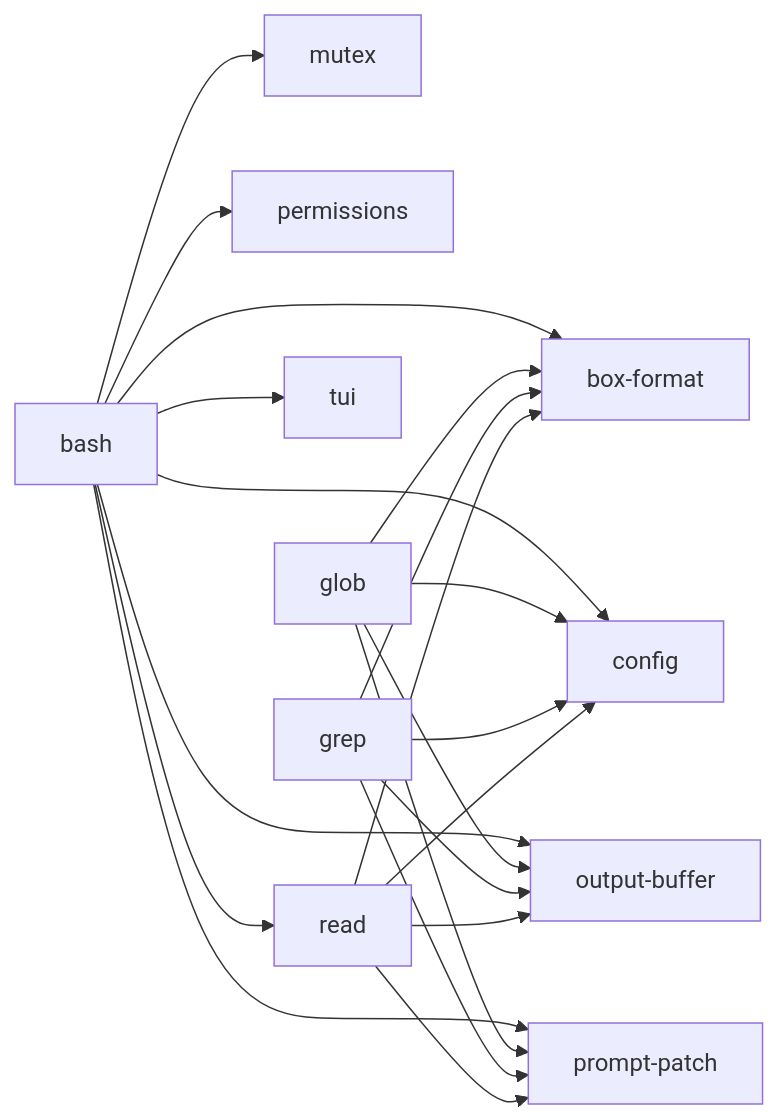
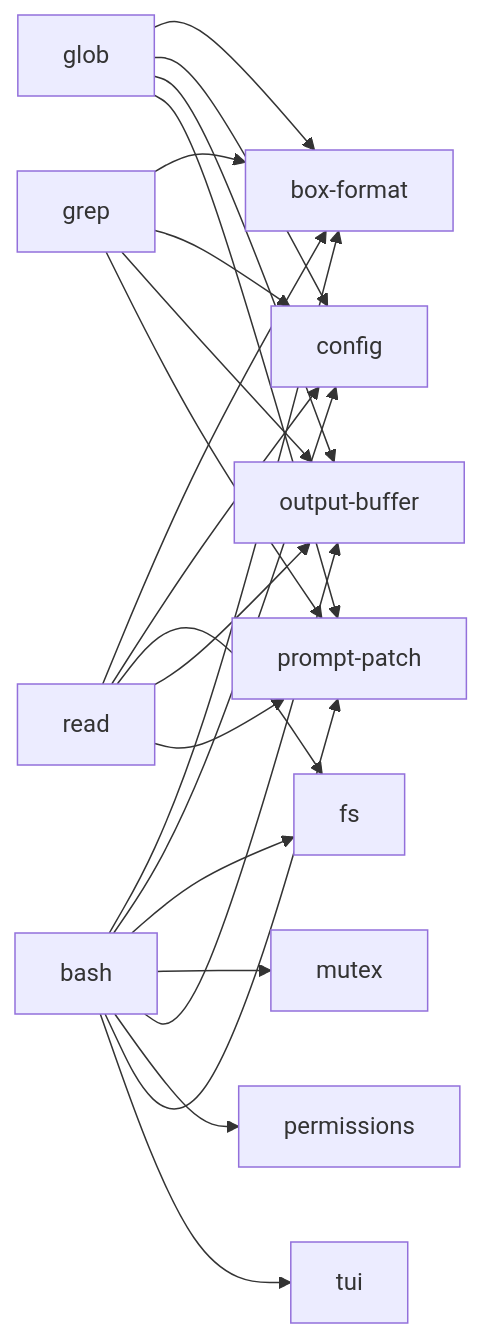
The fourth of 8 diagrams in user/pi/PACKAGE-GRAPH.md (bdsqqq/dots), drawn with Mermaid before and after one commit. The commit also changed other lines of this file and 24 other files, not shown here.

````diff
--- a/user/pi/PACKAGE-GRAPH.md
+++ b/user/pi/PACKAGE-GRAPH.md
@@ -212,26 +217,27 @@
 ```mermaid
 flowchart LR
   bash[bash] --> boxformat[box-format]
   bash --> config
+  bash --> fs[fs]
   bash --> mutex
   bash --> outbuf[output-buffer]
   bash --> perms[permissions]
   bash --> patch[prompt-patch]
-  bash --> read
   bash --> tui
 
   glob[glob] --> boxformat
   glob --> config
   glob --> outbuf
   glob --> patch
 
   grep[grep] --> boxformat
   grep --> config
   grep --> outbuf
   grep --> patch
 
   read[read] --> boxformat
   read --> config
+  read --> fs
   read --> outbuf
   read --> patch
 ```
````
